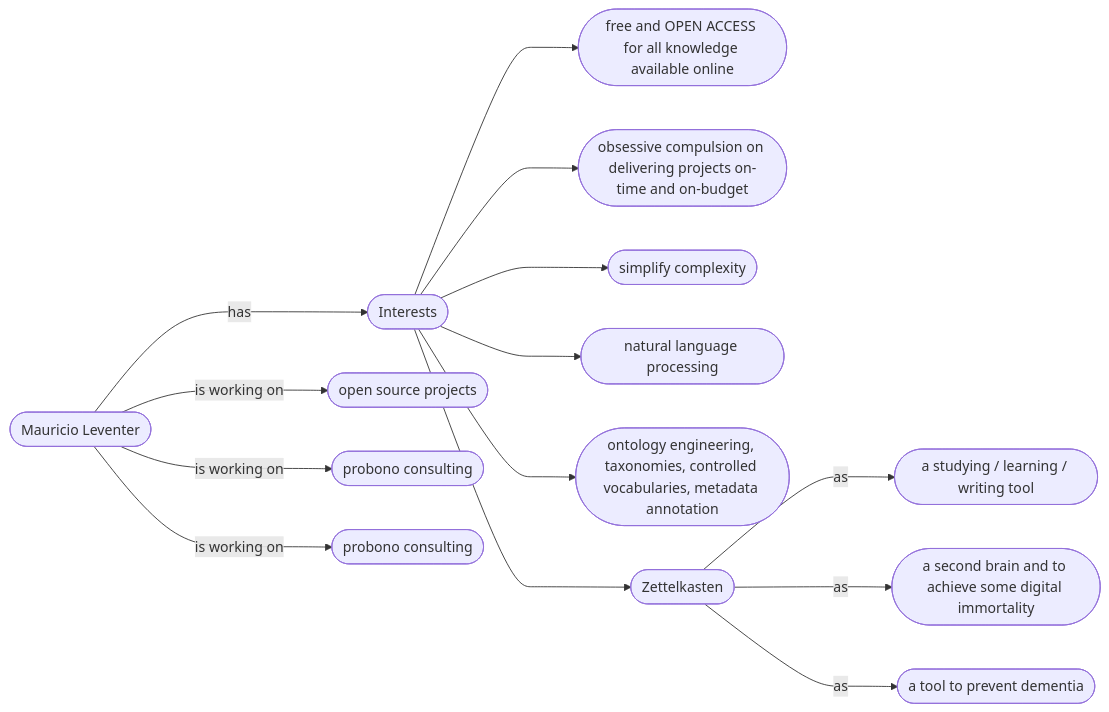
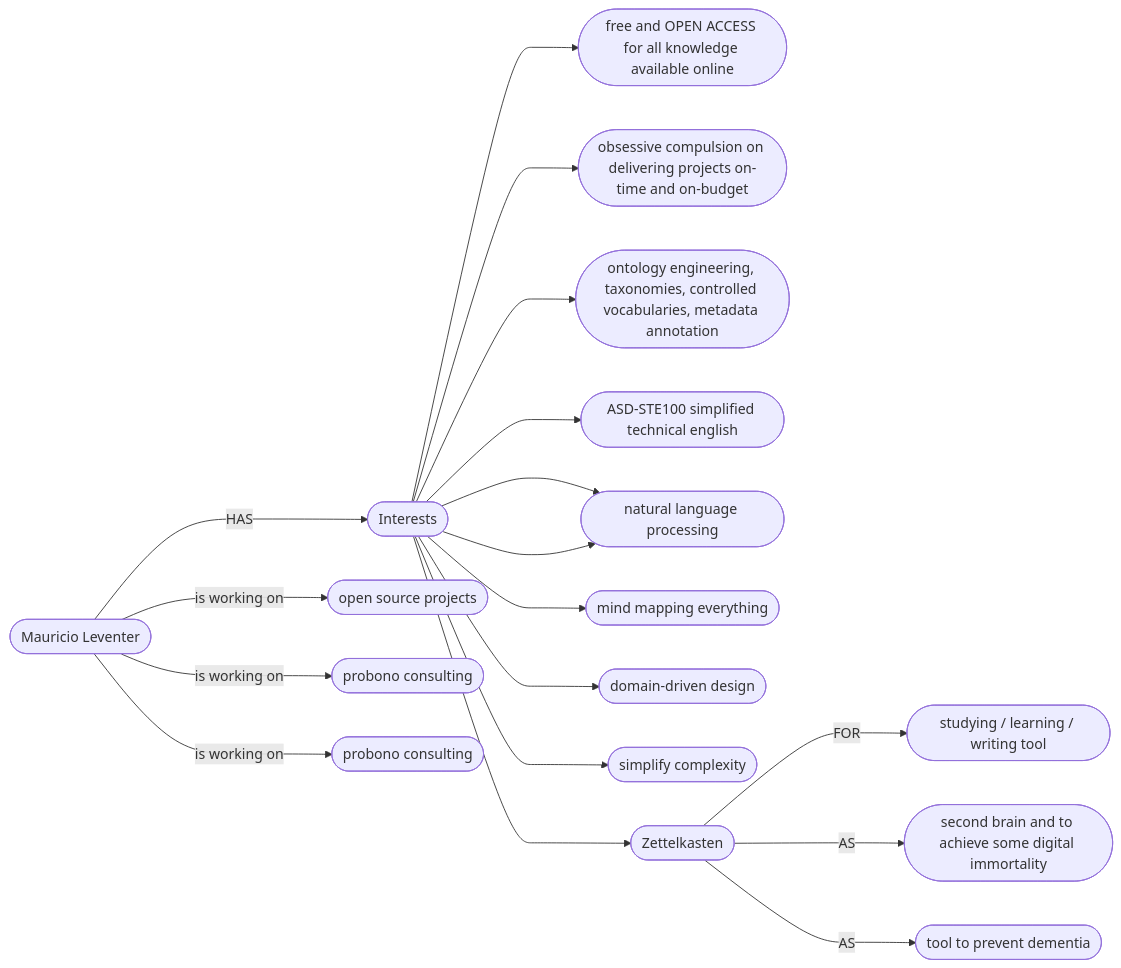
The diagram in README.md (mleventer/mleventer), drawn with Mermaid before and after one commit.

````diff
--- a/README.md
+++ b/README.md
@@ -4,16 +4,20 @@
 ```mermaid
 flowchart LR
-    A([Mauricio Leventer]) --->|has| B([Interests])
+    A([Mauricio Leventer]) --->|HAS| B([Interests])
     B ---> I1([free and OPEN ACCESS for all knowledge available online])
     B ---> I2([obsessive compulsion on delivering projects on-time and on-budget])
-    B ---> I3([simplify complexity]) 
-    B ---> I4([natural language processing])
-    B ---> I5([ontology engineering, taxonomies, controlled vocabularies, metadata annotation])
+    B ---> I3([ontology engineering, taxonomies, controlled vocabularies, metadata annotation])
+    B ---> I4([ASD-STE100 simplified technical english])
+    B ---> I5([information mapping methodologies])
+    B ---> I5([natural language processing])
+    B ---> I6([mind mapping everything]) 
+    B ---> I7([domain-driven design]) 
+    B ---> I8([simplify complexity]) 
     B ---> J([Zettelkasten])
-    J --->|as| J1([a studying / learning / writing tool]) 
-    J --->|as| J2([a second brain and to achieve some digital immortality]) 
-    J --->|as| J3([a tool to prevent dementia]) 
+    J --->|FOR| J1([studying / learning / writing tool]) 
+    J --->|AS| J2([second brain and to achieve some digital immortality]) 
+    J --->|AS| J3([tool to prevent dementia])
     A --->| is working on | C1([open source projects])
     A --->| is working on | C2([probono consulting])
     A --->| is working on | C3([probono consulting])
 ```
````
